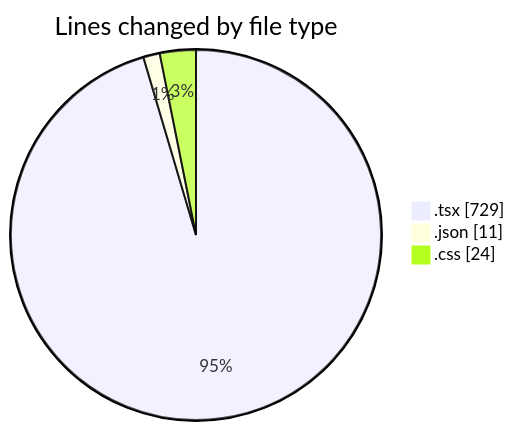
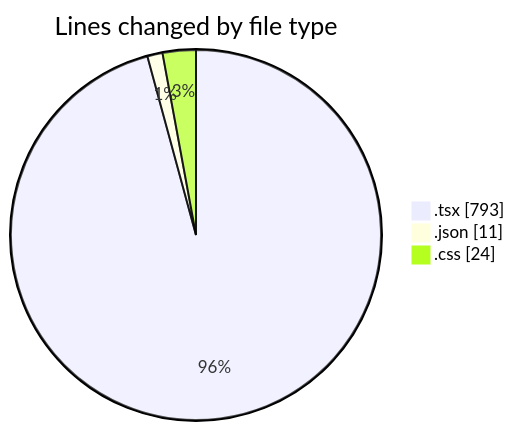
The first of 2 diagrams in 2025-05-05/niten/README.md (Elitesun/code-tracking), drawn with Mermaid before and after one commit. The commit also changed other lines of this file and 1 other file, not shown here.

````diff
--- a/2025-05-05/niten/README.md
+++ b/2025-05-05/niten/README.md
@@ -31,7 +31,7 @@
 ```mermaid
 pie showData
 title Lines changed by file type
-".tsx" : 729
+".tsx" : 793
 ".json" : 11
 ".css" : 24
 ```
````
